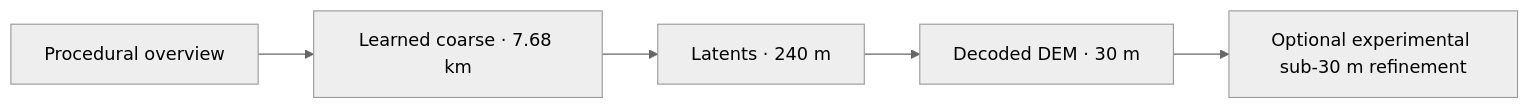
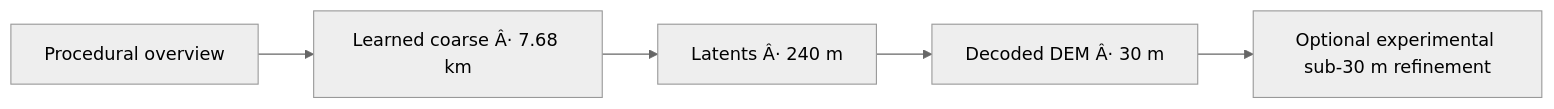
Before and after one commit to dunkean/neural-earth: the second of 2 diagrams in README.md, drawn with Mermaid (neutral theme). The commit also changed other lines of this file and 562 other files, not shown here.

````diff
--- a/README.md
+++ b/README.md
@@ -108,7 +108,7 @@
 ```mermaid
 flowchart LR
-    A[Procedural overview] --> B[Learned coarse · 7.68 km]
-    B --> C[Latents · 240 m]
-    C --> D[Decoded DEM · 30 m]
+    A[Procedural overview] --> B[Learned coarse Â· 7.68 km]
+    B --> C[Latents Â· 240 m]
+    C --> D[Decoded DEM Â· 30 m]
     D --> E[Optional experimental sub-30 m refinement]
 ```
````
